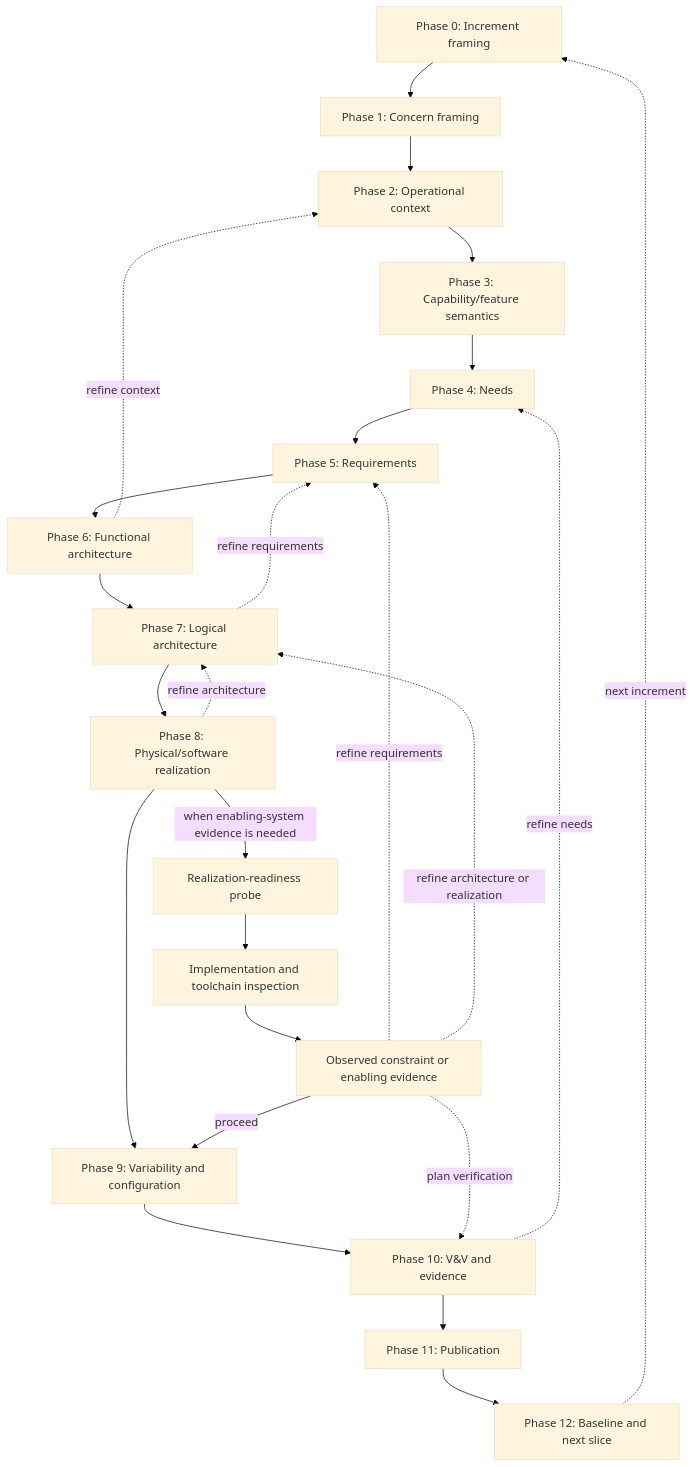
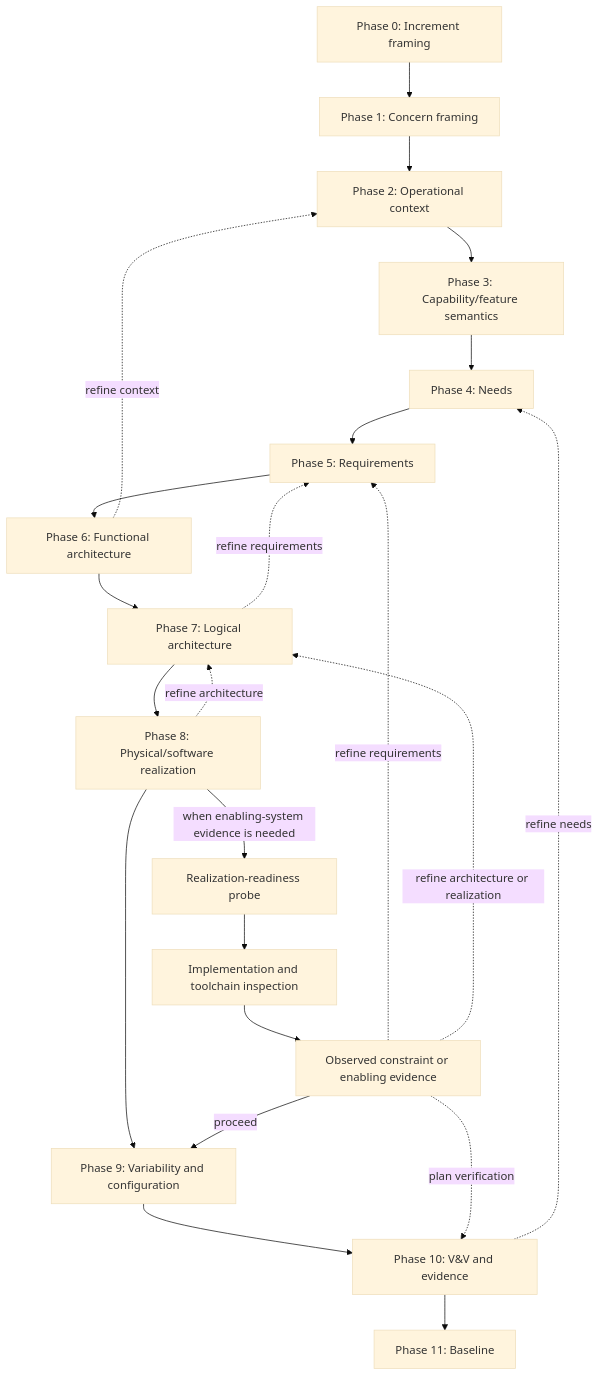
One commit to de4sdv/DE4SDV changed the diagram in methodologies/sysmod-sysmlv2/process-mapping.md. Above: the diagram before and after it, drawn with Mermaid (base theme). The commit also changed other lines of this file and 54 other files, not shown here.

First line of the commit message:
method: retire the publication phase, make the baseline phase 11 (12 phases) (#468)

````diff
--- a/methodologies/sysmod-sysmlv2/process-mapping.md
+++ b/methodologies/sysmod-sysmlv2/process-mapping.md
@@ -65,34 +65,32 @@
 ```mermaid
 graph TD
     P0[Phase 0: Increment framing]
     P1[Phase 1: Concern framing]
     P2[Phase 2: Operational context]
     P3[Phase 3: Capability/feature semantics]
     P4[Phase 4: Needs]
     P5[Phase 5: Requirements]
     P6[Phase 6: Functional architecture]
     P7[Phase 7: Logical architecture]
     P8[Phase 8: Physical/software realization]
     P9[Phase 9: Variability and configuration]
     P10[Phase 10: V&V and evidence]
-    P11[Phase 11: Publication]
-    P12[Phase 12: Baseline and next slice]
+    P11[Phase 11: Baseline]
 
     P0 --> P1 --> P2 --> P3 --> P4 --> P5
     P5 --> P6 --> P7 --> P8 --> P9 --> P10
-    P10 --> P11 --> P12
-    P12 -.->|"next increment"| P0
+    P10 --> P11
 
     P8 -->|"when enabling-system evidence is needed"| RP[Realization-readiness probe]
     RP --> RI[Implementation and toolchain inspection]
     RI --> RE[Observed constraint or enabling evidence]
     RE -->|"proceed"| P9
     RE -.->|"refine requirements"| P5
     RE -.->|"refine architecture or realization"| P7
     RE -.->|"plan verification"| P10
 
     P7 -.->|"refine requirements"| P5
     P8 -.->|"refine architecture"| P7
     P10 -.->|"refine needs"| P4
     P6 -.->|"refine context"| P2
 ```
````
